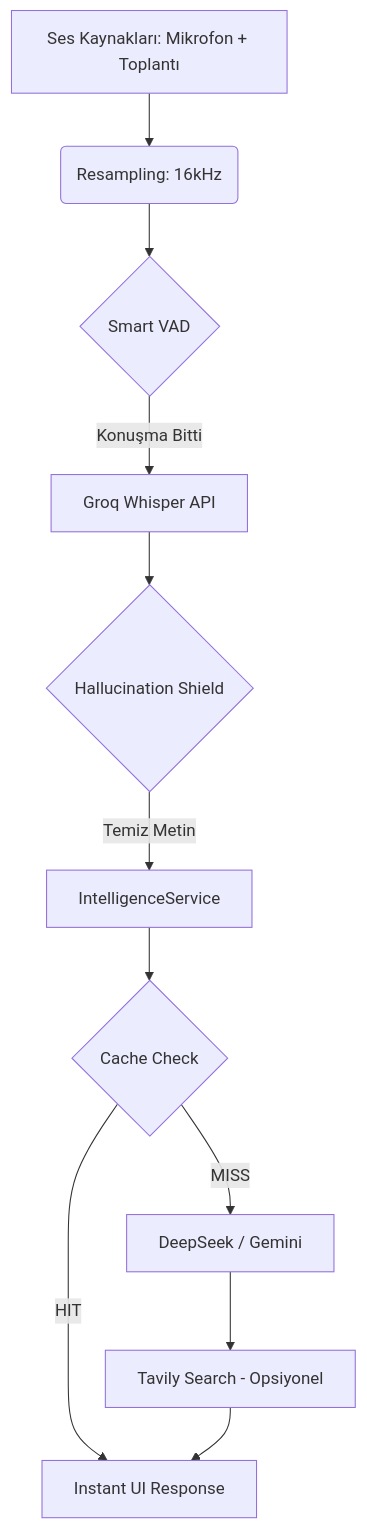
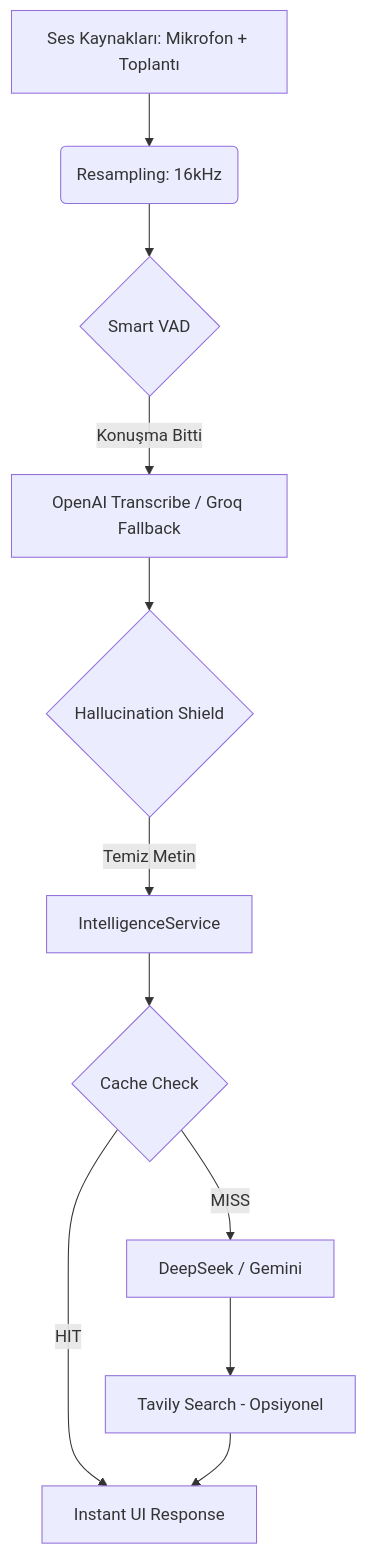
The diagram in ZeroLose/README.md (senoldogann/akilli-asistan), drawn with Mermaid before and after one commit. The commit also changed other lines of this file and 213 other files, not shown here.

````diff
--- a/ZeroLose/README.md
+++ b/ZeroLose/README.md
@@ -47,13 +47,13 @@
 ```mermaid
 graph TD
     A[Ses Kaynakları: Mikrofon + Toplantı] --> B(Resampling: 16kHz)
     B --> C{Smart VAD}
-    C -- Konuşma Bitti --> D[Groq Whisper API]
+    C -- Konuşma Bitti --> D["OpenAI Transcribe / Groq Fallback"]
     D --> E{Hallucination Shield}
     E -- Temiz Metin --> F[IntelligenceService]
     F --> G{Cache Check}
     G -- MISS --> H[DeepSeek / Gemini]
     G -- HIT --> I[Instant UI Response]
     H --> J[Tavily Search - Opsiyonel]
     J --> I
 ```
````
